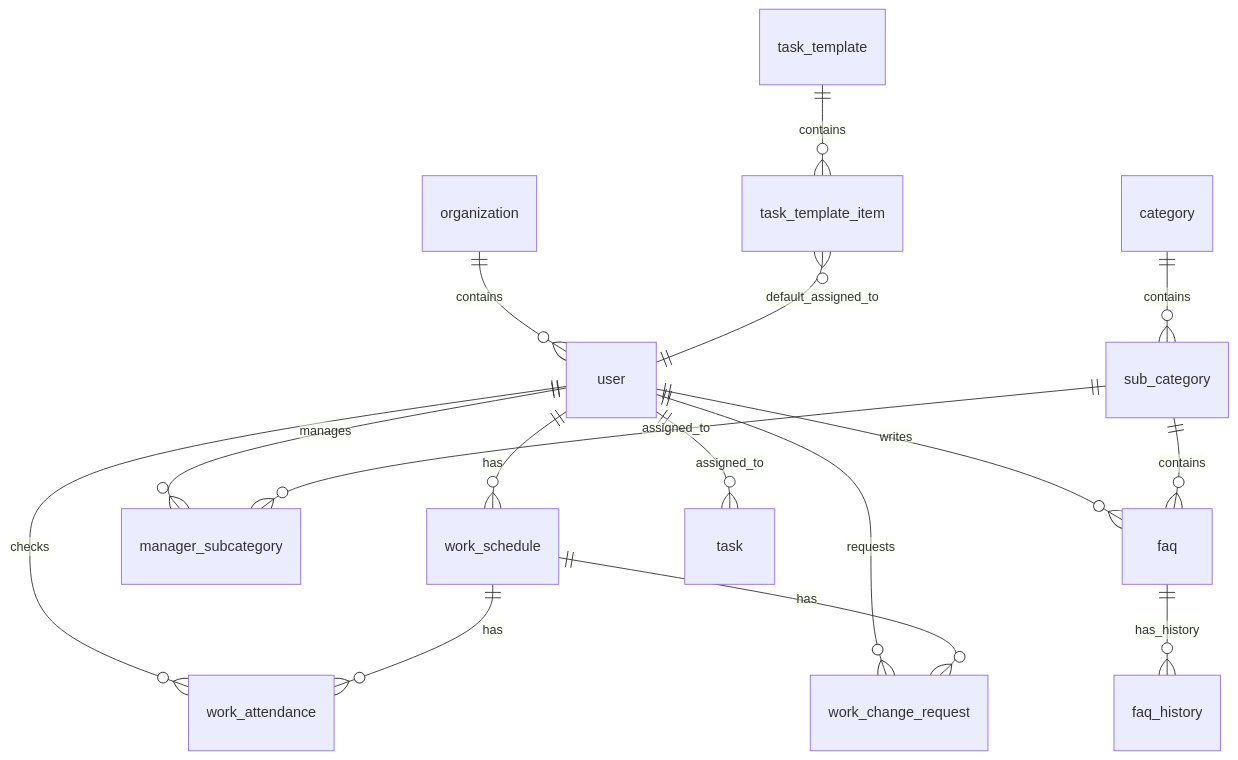
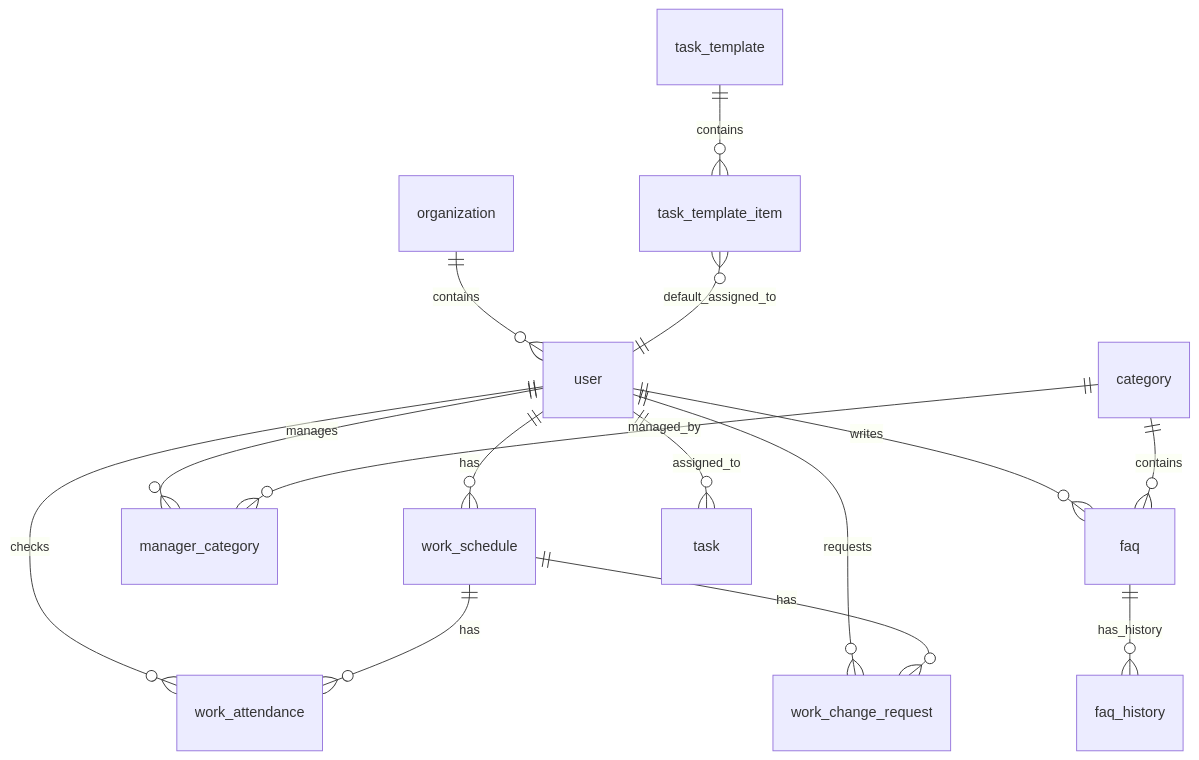
One commit to konkuk-icteam-student/CommuteMate-backend changed the diagram in docs/db.md. Above: the diagram before and after it, drawn with Mermaid. The commit also changed other lines of this file and 40 other files, not shown here.

````diff
--- a/docs/db.md
+++ b/docs/db.md
@@ -112,23 +109,22 @@
 ```mermaid
 erDiagram
     user ||--o{ work_schedule : has
     user ||--o{ work_attendance : checks
     user ||--o{ work_change_request : requests
-    user ||--o{ manager_subcategory : manages
+    user ||--o{ manager_category : manages
     user ||--o{ faq : writes
     user ||--o{ task : assigned_to
 
     organization ||--o{ user : contains
 
     work_schedule ||--o{ work_attendance : has
     work_schedule ||--o{ work_change_request : has
 
-    category ||--o{ sub_category : contains
-    sub_category ||--o{ faq : contains
-    sub_category ||--o{ manager_subcategory : assigned_to
+    category ||--o{ faq : contains
+    category ||--o{ manager_category : managed_by
 
     faq ||--o{ faq_history : has_history
 
     task_template ||--o{ task_template_item : contains
     task_template_item }o--|| user : default_assigned_to
 ```
````
